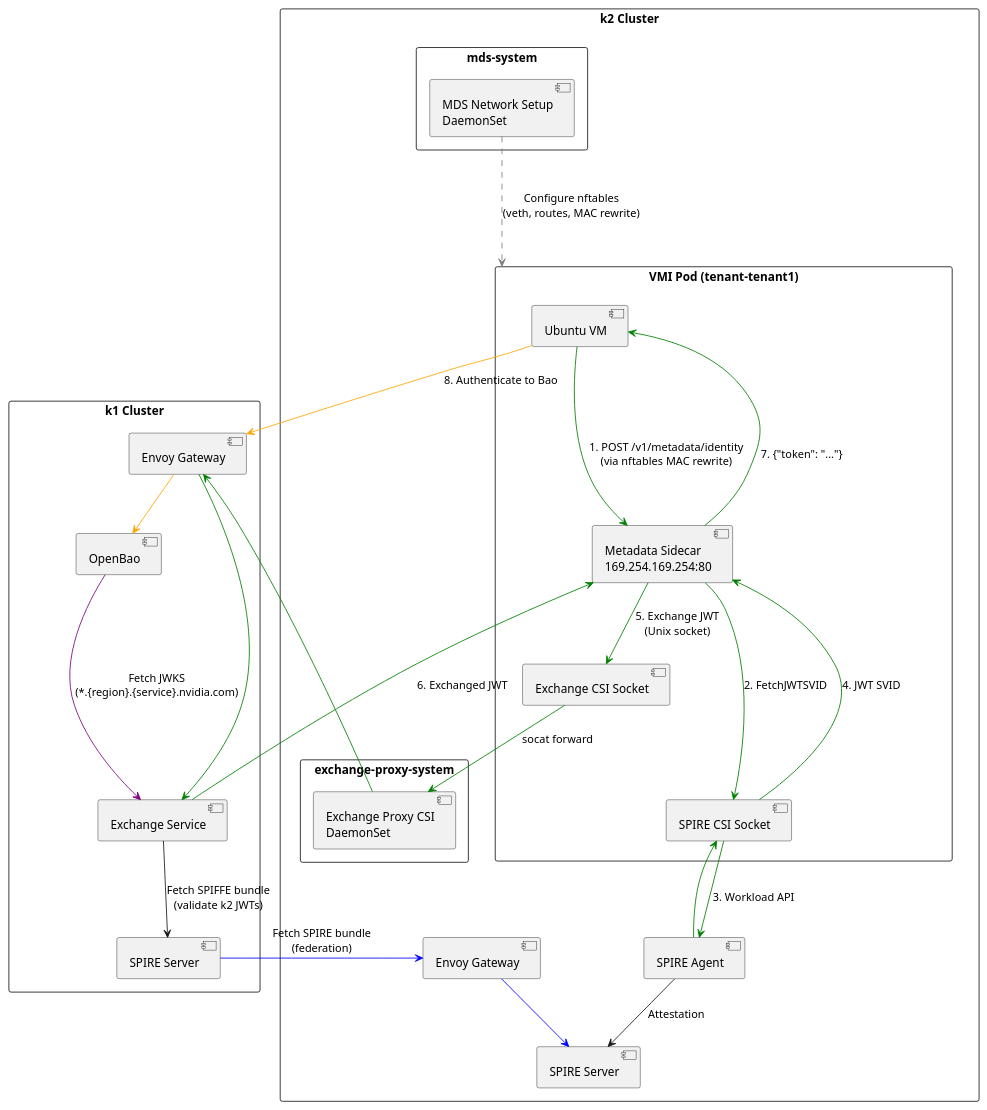
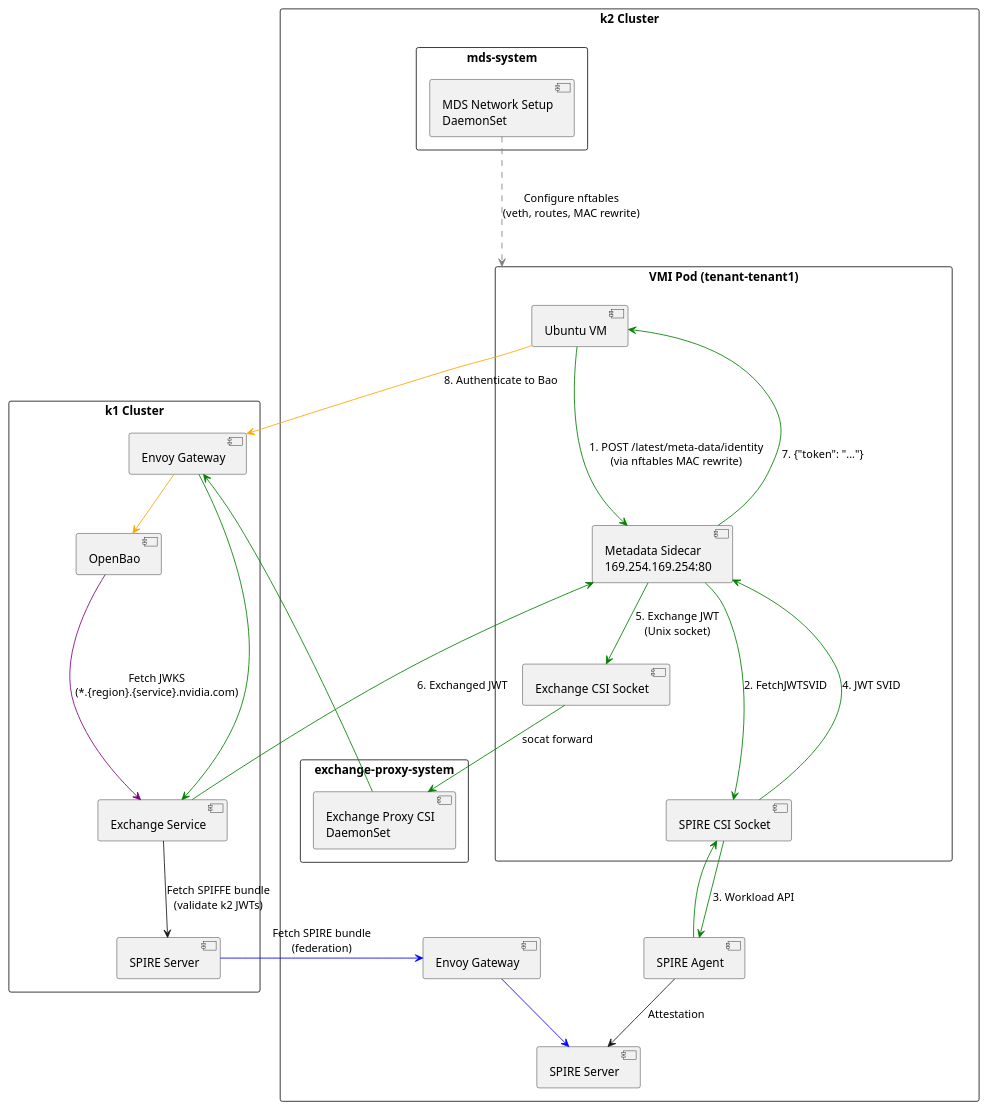
The third of 5 diagrams in README.md (dsx-ai-factory/nvidia-workload-identity), drawn with PlantUML before and after one commit. The commit also changed other lines of this file and 3 other files, not shown here.

````diff
--- a/README.md
+++ b/README.md
@@ -196,68 +196,68 @@
 ```plantuml
 @startuml VM Metadata Sidecar
 
 skinparam packageStyle rectangle
 
 package "k1 Cluster" as K1 {
   [SPIRE Server] as SPIRE1
   [OpenBao] as Bao
   [Exchange Service] as Exchange
   [Envoy Gateway] as GW1
 }
 
 package "k2 Cluster" as K2 {
   [SPIRE Server] as SPIRE2
   [SPIRE Agent] as SpireAgent
   [Envoy Gateway] as GW2
   
   package "exchange-proxy-system" as ExchangeNS {
     [Exchange Proxy CSI\nDaemonSet] as ExchangeCSI
   }
   
   package "mds-system" as MDSNS {
     [MDS Network Setup\nDaemonSet] as MDSNetwork
   }
   
   package "VMI Pod (tenant-tenant1)" as VMIPod {
     [Ubuntu VM] as VM
     [Metadata Sidecar\n169.254.169.254:80] as MetaSidecar
     [SPIRE CSI Socket] as SpireCSI
     [Exchange CSI Socket] as ExchangeSocket
   }
 }
 
 ' Federation: k1 SPIRE fetches k2's bundle
 SPIRE1 -[#blue]-> GW2 : Fetch SPIRE bundle\n(federation)
 GW2 -[#blue]-> SPIRE2
 
 ' VM to metadata sidecar flow
-VM -[#green]-> MetaSidecar : 1. POST /v1/metadata/identity\n(via nftables MAC rewrite)
+VM -[#green]-> MetaSidecar : 1. POST /latest/meta-data/identity\n(via nftables MAC rewrite)
 MetaSidecar -[#green]-> SpireCSI : 2. FetchJWTSVID
 SpireCSI -[#green]-> SpireAgent : 3. Workload API
 SpireAgent -[#green]--> SpireCSI
 SpireCSI -[#green]--> MetaSidecar : 4. JWT SVID
 MetaSidecar -[#green]-> ExchangeSocket : 5. Exchange JWT\n(Unix socket)
 ExchangeSocket -[#green]-> ExchangeCSI : socat forward
 ExchangeCSI -[#green]-> GW1
 GW1 -[#green]-> Exchange
 Exchange -[#green]--> MetaSidecar : 6. Exchanged JWT
 MetaSidecar -[#green]--> VM : 7. {"token": "..."}
 
 ' VM to Bao flow (authenticate)
 VM -[#orange]-> GW1 : 8. Authenticate to Bao
 GW1 -[#orange]-> Bao
 
 ' SPIRE Agent to Server
 SpireAgent --> SPIRE2 : Attestation
 
 ' MDS Network Setup configures pod networking
 MDSNetwork ..[#gray].> VMIPod : Configure nftables\n(veth, routes, MAC rewrite)
 
 ' OpenBao JWKS validation
 Bao -[#purple]--> Exchange : Fetch JWKS\n(*.{region}.{service}.nvidia.com)
 
 ' Exchange validates incoming JWTs
 Exchange --> SPIRE1 : Fetch SPIFFE bundle\n(validate k2 JWTs)
 
 @enduml
 ```
````
